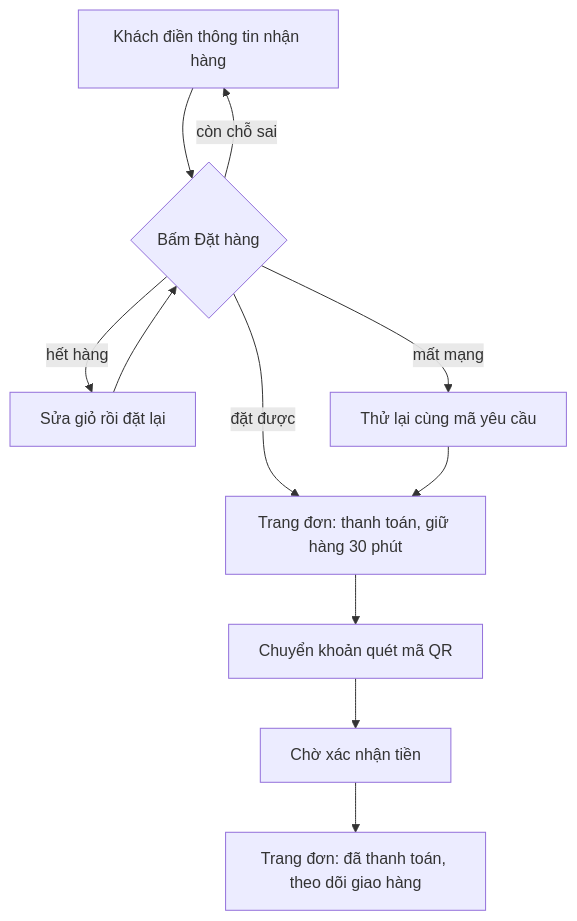
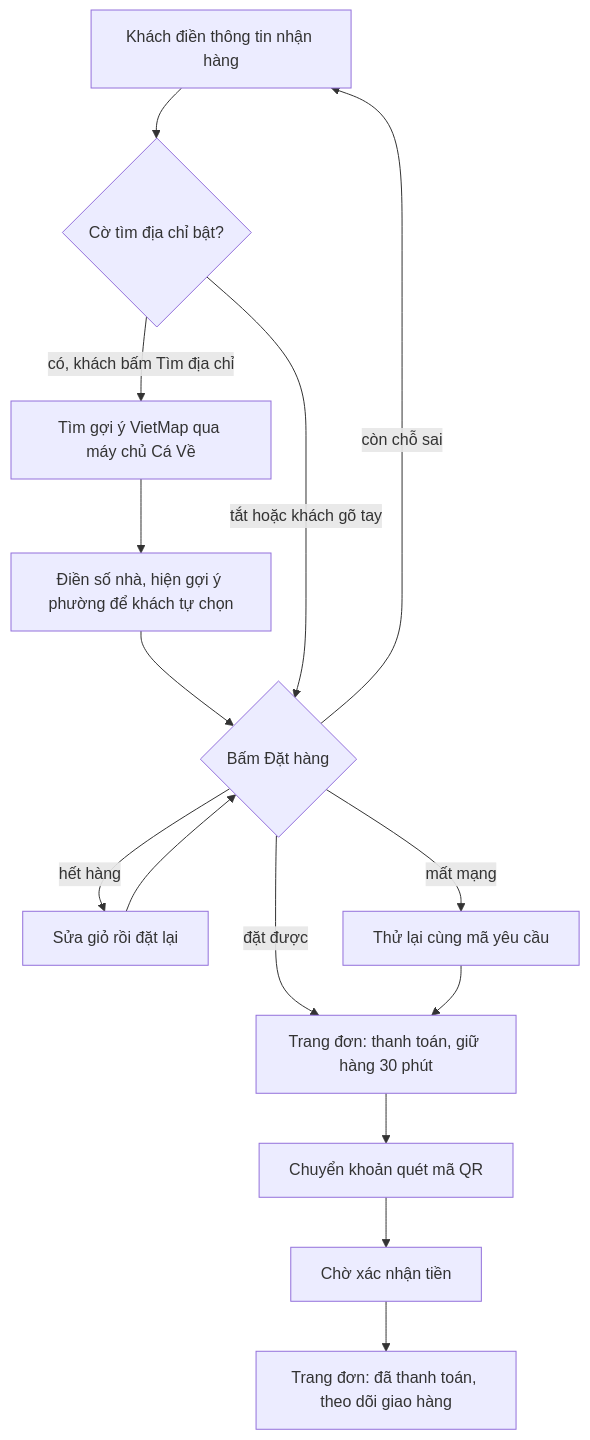
One commit to DuyduyFedev46/fish changed the diagram in frontend/features/checkout/README.md. Above: the diagram before and after it, drawn with Mermaid. The commit also changed other lines of this file and 19 other files, not shown here.

First line of the commit message:
SHOP-3-04: đổi bản đồ Google sang hộp tìm địa chỉ VietMap qua máy chủ Cá Về (BR-BH-29)

````diff
--- a/frontend/features/checkout/README.md
+++ b/frontend/features/checkout/README.md
@@ -3,13 +3,17 @@
 ```mermaid
 flowchart TD
-  A["Khách điền thông tin nhận hàng"] --> B{"Bấm Đặt hàng"}
+  A["Khách điền thông tin nhận hàng"] --> T{"Cờ tìm địa chỉ bật?"}
+  T -- "có, khách bấm Tìm địa chỉ" --> V["Tìm gợi ý VietMap qua máy chủ Cá Về"]
+  V --> G["Điền số nhà, hiện gợi ý phường để khách tự chọn"]
+  G --> B{"Bấm Đặt hàng"}
+  T -- "tắt hoặc khách gõ tay" --> B
   B -- "còn chỗ sai" --> A
   B -- "hết hàng" --> C["Sửa giỏ rồi đặt lại"]
   B -- "mất mạng" --> D["Thử lại cùng mã yêu cầu"]
   B -- "đặt được" --> E["Trang đơn: thanh toán, giữ hàng 30 phút"]
   D --> E
   C --> B
   E --> F["Chuyển khoản quét mã QR"]
-  F --> G["Chờ xác nhận tiền"]
-  G --> H["Trang đơn: đã thanh toán, theo dõi giao hàng"]
+  F --> H["Chờ xác nhận tiền"]
+  H --> I["Trang đơn: đã thanh toán, theo dõi giao hàng"]
 ```
````
